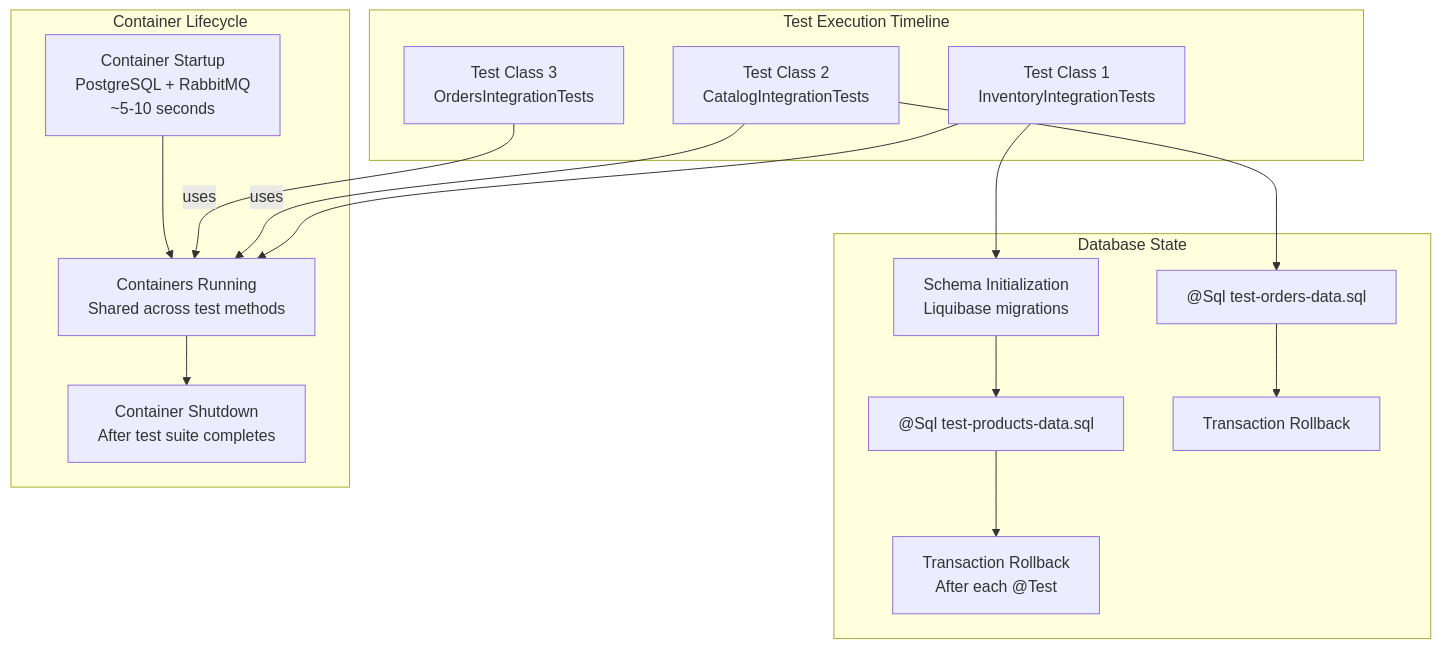
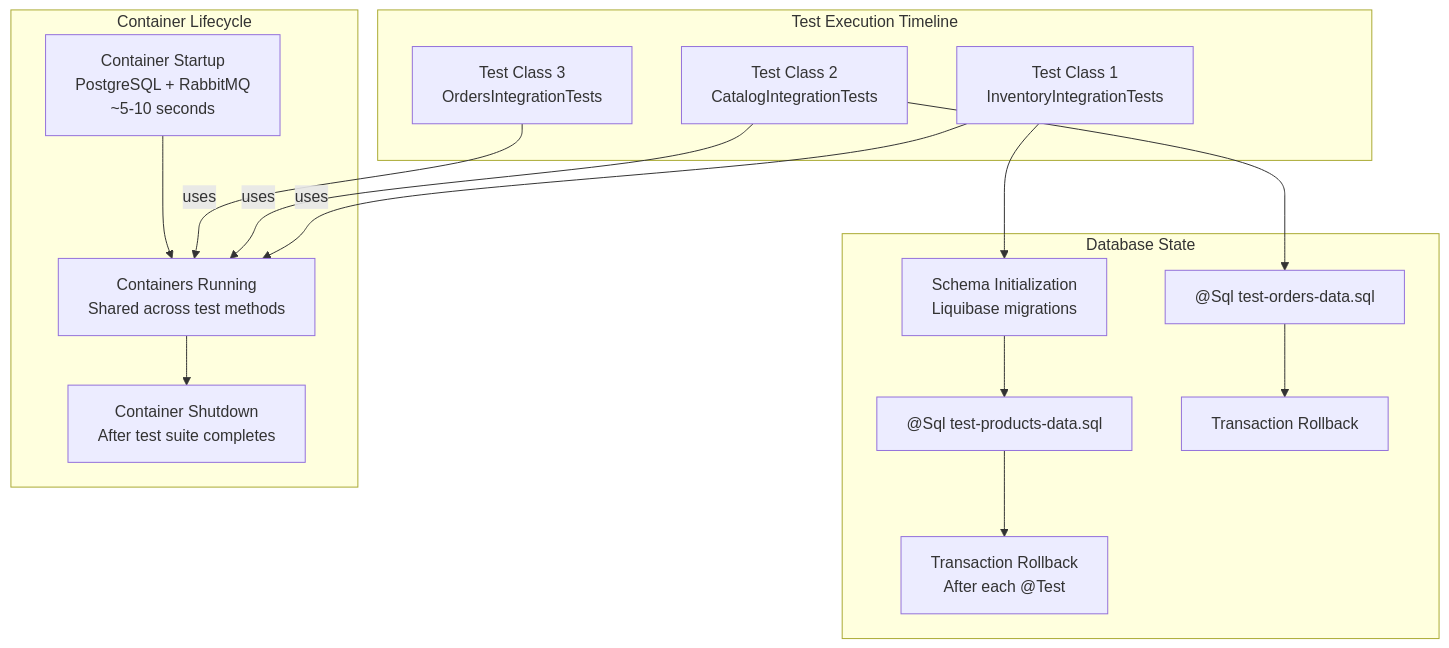
One commit to philipz/spring-modular-monolith changed the fourth of 5 diagrams in docs/deepwiki/Integration-Testing-Strategies.md. Above: the diagram before and after it, drawn with Mermaid. The commit also changed 32 other files, not shown here.

````diff
--- a/docs/deepwiki/Integration-Testing-Strategies.md
+++ b/docs/deepwiki/Integration-Testing-Strategies.md
@@ -292,46 +292,46 @@
 ```mermaid
 flowchart TD
 
 T1["Test Class 1<br>InventoryIntegrationTests"]
 T2["Test Class 2<br>CatalogIntegrationTests"]
 T3["Test Class 3<br>OrdersIntegrationTests"]
 Start["Container Startup<br>PostgreSQL + RabbitMQ<br>~5-10 seconds"]
 Running["Containers Running<br>Shared across test methods"]
 Shutdown["Container Shutdown<br>After test suite completes"]
 Schema1["Schema Initialization<br>Liquibase migrations"]
 Data1["@Sql test-products-data.sql"]
 Rollback1["Transaction Rollback<br>After each @Test"]
 Data2["@Sql test-orders-data.sql"]
 Rollback2["Transaction Rollback"]
 
-T1 --> Running
+T1 -->|"uses"| Running
 T1 --> Schema1
 T2 -->|"uses"| Running
 T2 --> Data2
 T3 -->|"uses"| Running
 
 subgraph subGraph2 ["Database State"]
     Schema1
     Data1
     Rollback1
     Data2
     Rollback2
     Schema1 --> Data1
     Data1 --> Rollback1
     Data2 --> Rollback2
 end
 
 subgraph subGraph1 ["Container Lifecycle"]
     Start
     Running
     Shutdown
     Start --> Running
     Running --> Shutdown
 end
 
 subgraph subGraph0 ["Test Execution Timeline"]
     T1
     T2
     T3
 end
 ```
````
